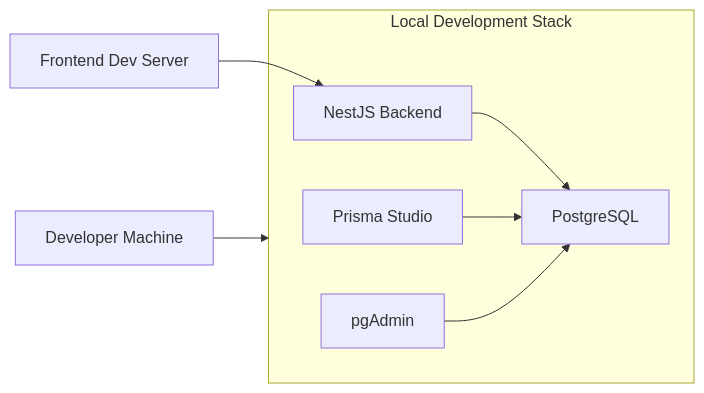
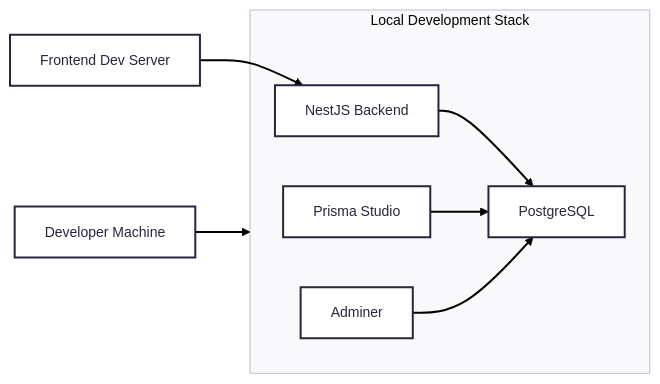
The diagram in docs/architecture/06-deployment-architecture.md (philongdanh/asset-manager), drawn with Mermaid before and after one commit. The commit also changed other lines of this file and 9 other files, not shown here.

````diff
--- a/docs/architecture/06-deployment-architecture.md
+++ b/docs/architecture/06-deployment-architecture.md
@@ -96,17 +7,23 @@
 ```mermaid
+---
+config:
+  theme: redux
+  themeVariables:
+    fontFamily: EB Garamond
+---
 flowchart LR
     A[Developer Machine] --> B[Docker Compose]
 
     subgraph B [Local Development Stack]
         C[NestJS Backend]
         D[PostgreSQL]
         E[Prisma Studio]
-        F[pgAdmin]
+        F[Adminer]
     end
 
     C --> D
     E --> D
     F --> D
 
     G[Frontend Dev Server] --> C
 ```
````
